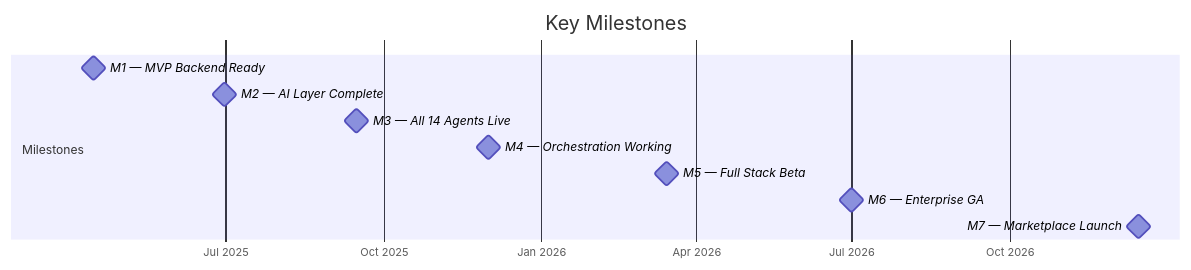
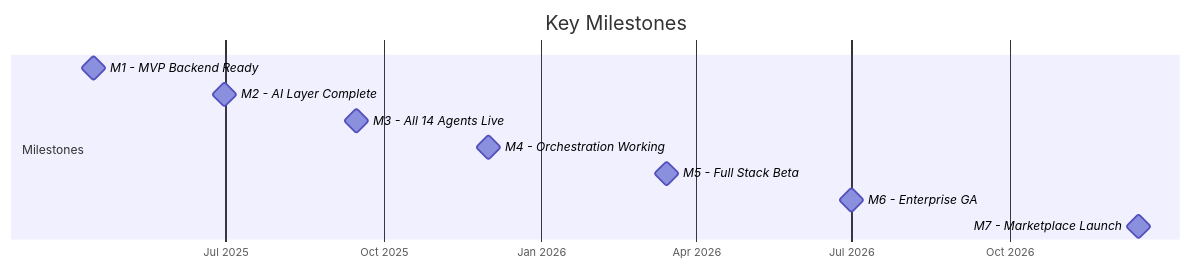
One commit to zainsardar-tech/zarix-agentos changed the second of 2 diagrams in docs/gantt-chart.md. Above: the diagram before and after it, drawn with Mermaid. The commit also changed other lines of this file and 9 other files, not shown here.

Commit message:
fix diagram alignment and formatting

````diff
--- a/docs/gantt-chart.md
+++ b/docs/gantt-chart.md
@@ -100,15 +100,15 @@
 ```mermaid
 gantt
-    title Key Milestones
-    dateFormat  YYYY-MM-DD
-    axisFormat  %b %Y
+  title Key Milestones
+  dateFormat  YYYY-MM-DD
+  axisFormat  %b %Y
 
-    section Milestones
-    M1 — MVP Backend Ready        :milestone, m1, 2025-04-15, 0d
-    M2 — AI Layer Complete        :milestone, m2, 2025-06-30, 0d
-    M3 — All 14 Agents Live       :milestone, m3, 2025-09-15, 0d
-    M4 — Orchestration Working    :milestone, m4, 2025-12-01, 0d
-    M5 — Full Stack Beta         :milestone, m5, 2026-03-15, 0d
-    M6 — Enterprise GA           :milestone, m6, 2026-07-01, 0d
-    M7 — Marketplace Launch      :milestone, m7, 2026-12-15, 0d
+  section Milestones
+  M1 - MVP Backend Ready  :milestone, m1, 2025-04-15, 0d
+  M2 - AI Layer Complete  :milestone, m2, 2025-06-30, 0d
+  M3 - All 14 Agents Live  :milestone, m3, 2025-09-15, 0d
+  M4 - Orchestration Working  :milestone, m4, 2025-12-01, 0d
+  M5 - Full Stack Beta  :milestone, m5, 2026-03-15, 0d
+  M6 - Enterprise GA  :milestone, m6, 2026-07-01, 0d
+  M7 - Marketplace Launch  :milestone, m7, 2026-12-15, 0d
 ```
````
